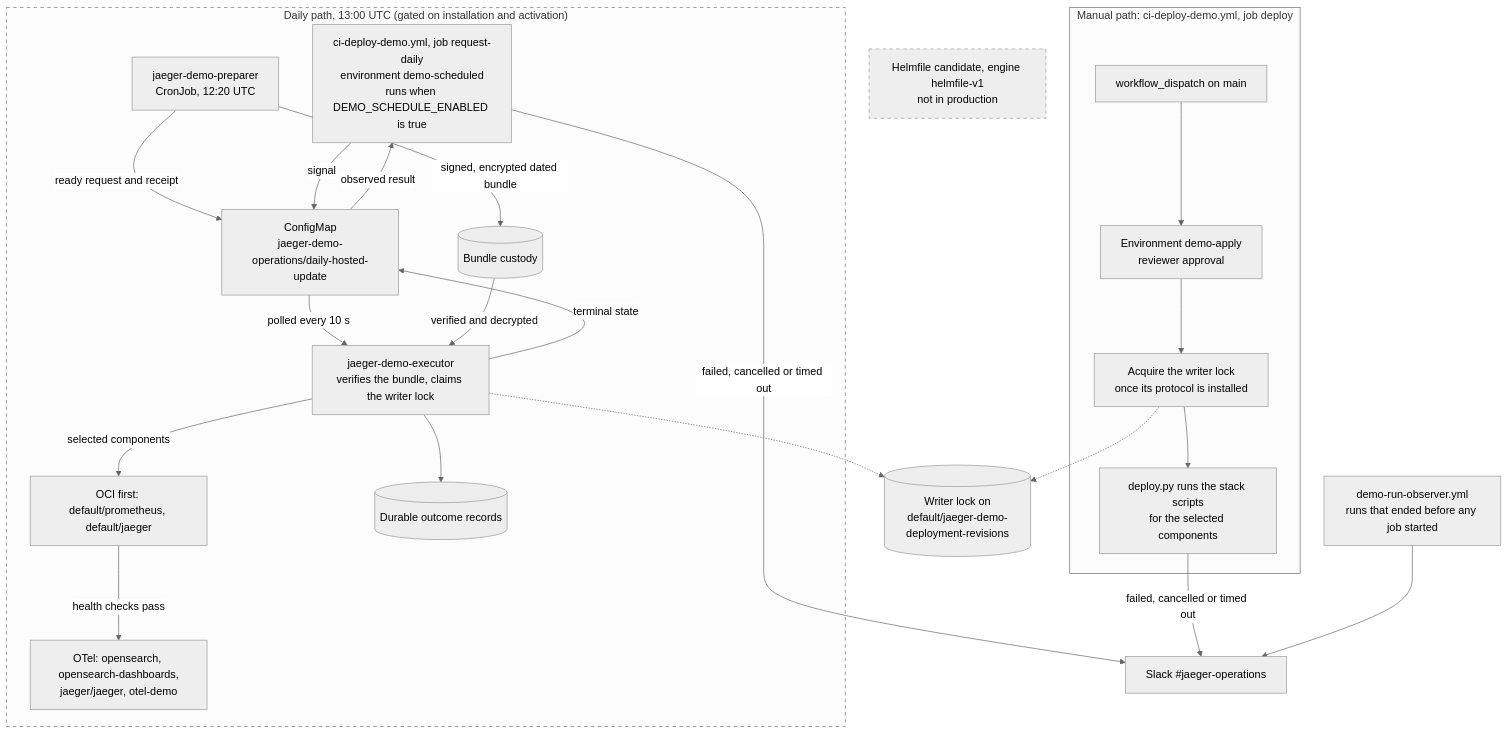
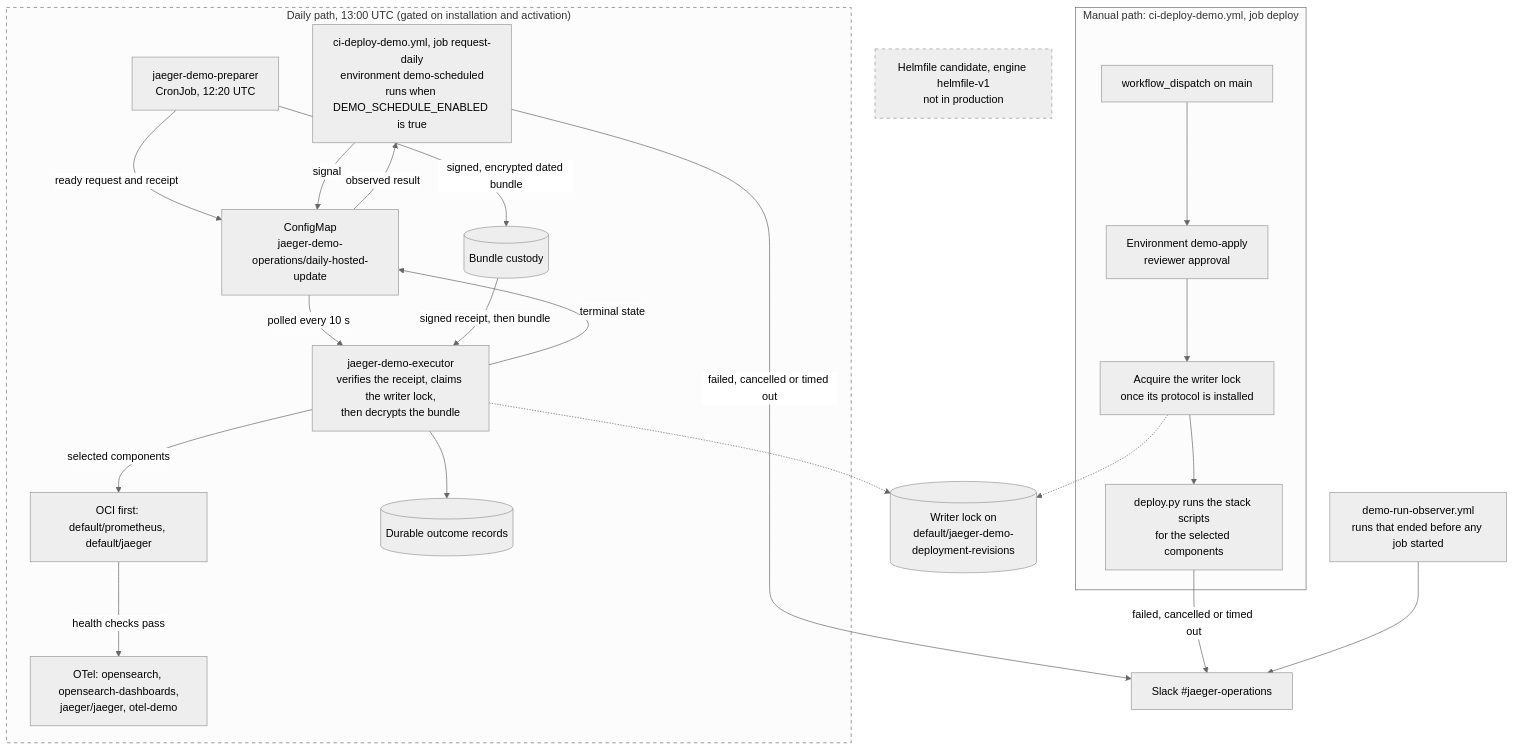
The third of 3 diagrams in README.md (DsThakurRawat/jaeger-demo), drawn with Mermaid (neutral theme) before and after one commit. The commit also changed other lines of this file and 1 other file, not shown here.

Commit message:
docs(executor): Correct trace export and daily sequence order
Show OTel Jaeger exporting only to the jaeger-main indices; jaeger-archive
is the query service's archive backend, not an export destination.

In the daily sequence, stage admission approvals before signing the
dated index, which commits to their digest, and read them back before
publishing the ready request (scheduled_bundle.publish before_index,
scheduled_receiver.prepare_slot). The executor verifies the signed
receipt before its claim, but decrypts the bundle only after acquiring
the lock and setting the request to running (scheduled_request.execute,
scheduled_receiver.poll), so a decryption failure leaves the lock held.

Refs #67

````diff
--- a/README.md
+++ b/README.md
@@ -141,44 +141,44 @@
 ```mermaid
 flowchart TB
     subgraph manual["Manual path: ci-deploy-demo.yml, job deploy"]
         dispatch["workflow_dispatch on main"] --> approve["Environment demo-apply<br/>reviewer approval"]
         approve --> manual_lock["Acquire the writer lock<br/>once its protocol is installed"]
         manual_lock --> reconcile["deploy.py runs the stack scripts<br/>for the selected components"]
     end
 
     subgraph daily["Daily path, 13:00 UTC (gated on installation and activation)"]
         request["ci-deploy-demo.yml, job request-daily<br/>environment demo-scheduled<br/>runs when DEMO_SCHEDULE_ENABLED is true"]
         control["ConfigMap<br/>jaeger-demo-operations/daily-hosted-update"]
         preparer["jaeger-demo-preparer<br/>CronJob, 12:20 UTC"]
         custody[("Bundle custody")]
-        executor["jaeger-demo-executor<br/>verifies the bundle, claims the writer lock"]
+        executor["jaeger-demo-executor<br/>verifies the receipt, claims the writer lock,<br/>then decrypts the bundle"]
         oci["OCI first: default/prometheus, default/jaeger"]
         otel["OTel: opensearch, opensearch-dashboards,<br/>jaeger/jaeger, otel-demo"]
         outcomes[("Durable outcome records")]
 
         preparer -- "signed, encrypted dated bundle" --> custody
         preparer -- "ready request and receipt" --> control
         request -- "signal" --> control
         control -- "polled every 10 s" --> executor
-        custody -- "verified and decrypted" --> executor
+        custody -- "signed receipt, then bundle" --> executor
         executor -- "selected components" --> oci
         oci -- "health checks pass" --> otel
         executor --> outcomes
         executor -- "terminal state" --> control
         control -- "observed result" --> request
     end
 
     lock[("Writer lock on<br/>default/jaeger-demo-deployment-revisions")]
     slack["Slack #jaeger-operations"]
     observer["demo-run-observer.yml<br/>runs that ended before any job started"]
     helmfile["Helmfile candidate, engine helmfile-v1<br/>not in production"]
 
     manual_lock -.-> lock
     executor -.-> lock
     reconcile -- "failed, cancelled or timed out" --> slack
     request -- "failed, cancelled or timed out" --> slack
     observer --> slack
 
     style daily stroke-dasharray: 5 5
     style helmfile stroke-dasharray: 5 5
 ```
````
